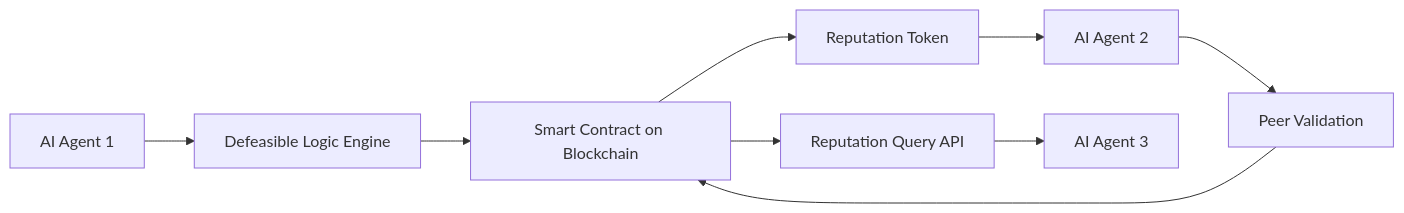
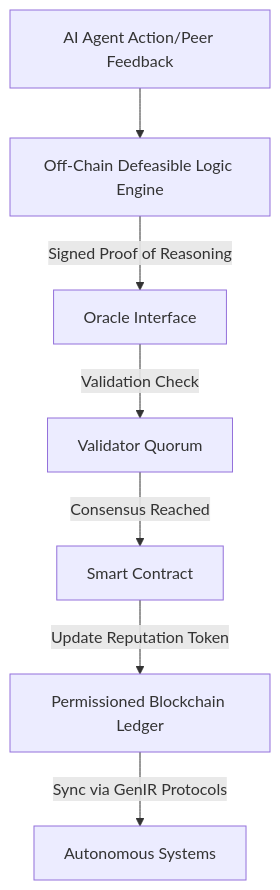
One commit to shawnhvac/agentworld-prior-art changed the diagram in inventions/inv_decentralized_ai_reputation_portability_framewor_6c345.md. Above: the diagram before and after it, drawn with Mermaid. The commit also changed other lines of this file and 38 other files, not shown here.

````diff
--- a/inventions/inv_decentralized_ai_reputation_portability_framewor_6c345.md
+++ b/inventions/inv_decentralized_ai_reputation_portability_framewor_6c345.md
@@ -47,11 +56,9 @@
 ```mermaid
-graph LR
-A[AI Agent 1] --> B[Defeasible Logic Engine]
-B --> C[Smart Contract on Blockchain]
-C --> D[Reputation Token]
-D --> E[AI Agent 2]
-E --> F[Peer Validation]
-F --> C
-C --> G[Reputation Query API]
-G --> H[AI Agent 3]
+graph TD
+    A[AI Agent Action/Peer Feedback] --> B[Off-Chain Defeasible Logic Engine]
+    B -->|Signed Proof of Reasoning| C[Oracle Interface]
+    C -->|Validation Check| D[Validator Quorum]
+    D -->|Consensus Reached| E[Smart Contract]
+    E -->|Update Reputation Token| F[Permissioned Blockchain Ledger]
+    F -->|Sync via GenIR Protocols| G[Autonomous Systems]
 ```
````
